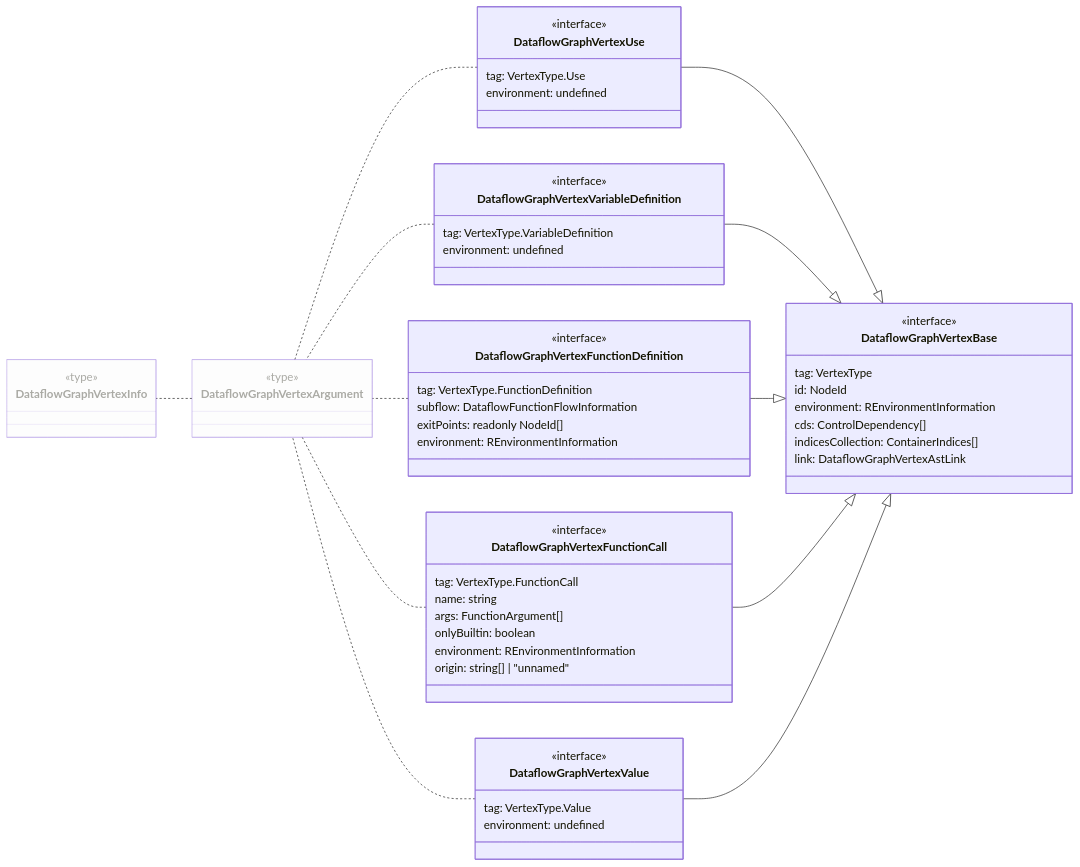
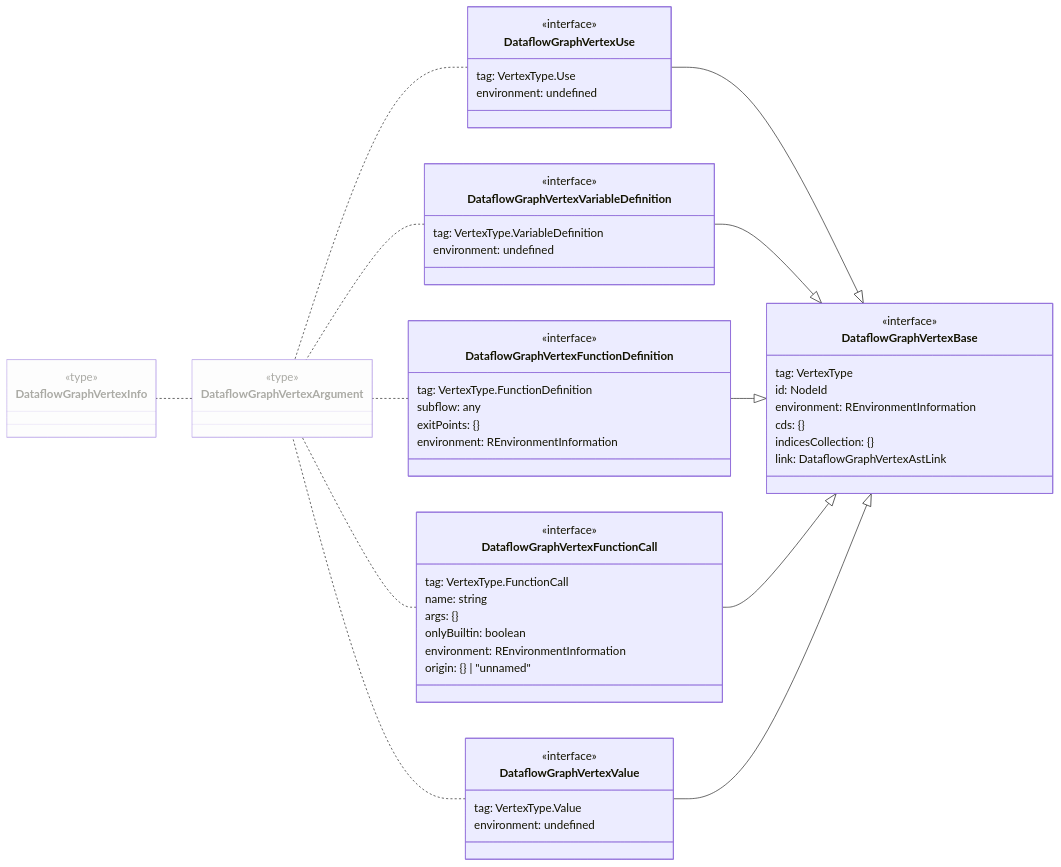
Before and after one commit to flowr-analysis/flowr: the second of 51 diagrams in wiki/Dataflow Graph.md, drawn with Mermaid. The commit also changed other lines of this file and 36 other files, not shown here.

````diff
--- a/wiki/Dataflow Graph.md
+++ b/wiki/Dataflow Graph.md
@@ -139,63 +139,63 @@
 ```mermaid
 classDiagram
 direction RL
 class DataflowGraphVertexInfo
     <<type>> DataflowGraphVertexInfo
 style DataflowGraphVertexInfo opacity:.35,fill:#FAFAFA
 click DataflowGraphVertexInfo href "https://github.com/flowr-analysis/flowr/tree/main//src/dataflow/graph/vertex.ts#L300" "This is the union type of all possible vertices that appear within a; #60;code#62;dataflow graph#60;/code#62;; , they can be constructed passing a; #60;code#62;DataflowGraphVertexArgument#60;/code#62;; to the graph.  See; #60;code#62;DataflowGraphVertices#60;/code#62;; for an id#45;based mapping."
 class DataflowGraphVertexArgument
     <<type>> DataflowGraphVertexArgument
 style DataflowGraphVertexArgument opacity:.35,fill:#FAFAFA
 click DataflowGraphVertexArgument href "https://github.com/flowr-analysis/flowr/tree/main//src/dataflow/graph/vertex.ts#L292" "What is to be passed to construct a vertex in the; #60;code#62;dataflow graph#60;/code#62;"
 class DataflowGraphVertexUse
     <<interface>> DataflowGraphVertexUse
     DataflowGraphVertexUse : tag#58; VertexType.Use
     DataflowGraphVertexUse : environment#58; undefined
 click DataflowGraphVertexUse href "https://github.com/flowr-analysis/flowr/tree/main//src/dataflow/graph/vertex.ts#L225" "Arguments required to construct a vertex which represents the usage of a variable in the; #60;code#62;dataflow graph#60;/code#62;; ."
 class DataflowGraphVertexBase
     <<interface>> DataflowGraphVertexBase
     DataflowGraphVertexBase : tag#58; VertexType
     DataflowGraphVertexBase : id#58; NodeId
     DataflowGraphVertexBase : environment#58; REnvironmentInformation
-    DataflowGraphVertexBase : cds#58; ControlDependency#91;#93;
-    DataflowGraphVertexBase : indicesCollection#58; ContainerIndices#91;#93;
+    DataflowGraphVertexBase : cds#58; #123;#125;
+    DataflowGraphVertexBase : indicesCollection#58; #123;#125;
     DataflowGraphVertexBase : link#58; DataflowGraphVertexAstLink
 click DataflowGraphVertexBase href "https://github.com/flowr-analysis/flowr/tree/main//src/dataflow/graph/vertex.ts#L162" "Arguments required to construct a vertex in the; #60;code#62;dataflow graph#60;/code#62;; ."
 class DataflowGraphVertexVariableDefinition
     <<interface>> DataflowGraphVertexVariableDefinition
     DataflowGraphVertexVariableDefinition : tag#58; VertexType.VariableDefinition
     DataflowGraphVertexVariableDefinition : environment#58; undefined
 click DataflowGraphVertexVariableDefinition href "https://github.com/flowr-analysis/flowr/tree/main//src/dataflow/graph/vertex.ts#L263" "Arguments required to construct a vertex which represents the definition of a variable in the; #60;code#62;dataflow graph#60;/code#62;; ."
 class DataflowGraphVertexFunctionDefinition
     <<interface>> DataflowGraphVertexFunctionDefinition
     DataflowGraphVertexFunctionDefinition : tag#58; VertexType.FunctionDefinition
-    DataflowGraphVertexFunctionDefinition : subflow#58; DataflowFunctionFlowInformation
-    DataflowGraphVertexFunctionDefinition : exitPoints#58; readonly NodeId#91;#93;
+    DataflowGraphVertexFunctionDefinition : subflow#58; any
+    DataflowGraphVertexFunctionDefinition : exitPoints#58; #123;#125;
     DataflowGraphVertexFunctionDefinition : environment#58; REnvironmentInformation
 click DataflowGraphVertexFunctionDefinition href "https://github.com/flowr-analysis/flowr/tree/main//src/dataflow/graph/vertex.ts#L273" "Arguments required to construct a vertex which represents the definition of a function in the; #60;code#62;dataflow graph#60;/code#62;; ."
 class DataflowGraphVertexFunctionCall
     <<interface>> DataflowGraphVertexFunctionCall
     DataflowGraphVertexFunctionCall : tag#58; VertexType.FunctionCall
     DataflowGraphVertexFunctionCall : name#58; string
-    DataflowGraphVertexFunctionCall : args#58; FunctionArgument#91;#93;
+    DataflowGraphVertexFunctionCall : args#58; #123;#125;
     DataflowGraphVertexFunctionCall : onlyBuiltin#58; boolean
     DataflowGraphVertexFunctionCall : environment#58; REnvironmentInformation
-    DataflowGraphVertexFunctionCall : origin#58; string#91;#93; | #34;unnamed#34;
+    DataflowGraphVertexFunctionCall : origin#58; #123;#125; | #34;unnamed#34;
 click DataflowGraphVertexFunctionCall href "https://github.com/flowr-analysis/flowr/tree/main//src/dataflow/graph/vertex.ts#L237" "Arguments required to construct a vertex which represents the call to a function in the; #60;code#62;dataflow graph#60;/code#62;; . This describes all kinds of function calls, including calls to built#45;ins and control#45;flow structures such as #96;if#96; or #96;for#96; (they are treated as function calls in R)."
 class DataflowGraphVertexValue
     <<interface>> DataflowGraphVertexValue
     DataflowGraphVertexValue : tag#58; VertexType.Value
     DataflowGraphVertexValue : environment#58; undefined
 click DataflowGraphVertexValue href "https://github.com/flowr-analysis/flowr/tree/main//src/dataflow/graph/vertex.ts#L216" "Marker vertex for a value in the dataflow of the program. This does not contain the #95;value#95; of the referenced constant as this is available with the; #60;code#62;id#60;/code#62;; in the; #60;code#62;normalized AST#60;/code#62;; (or more specifically the; #60;code#62;AstIdMap#60;/code#62;; ).  If you have a; #60;code#62;dataflow graph#60;/code#62;; named #96;graph#96; with an; #60;code#62;AstIdMap#60;/code#62;; and a value vertex object with name #96;value#96; the following Code should work#58;"
 DataflowGraphVertexArgument .. DataflowGraphVertexInfo
 DataflowGraphVertexUse .. DataflowGraphVertexArgument
 DataflowGraphVertexBase <|-- DataflowGraphVertexUse
 DataflowGraphVertexVariableDefinition .. DataflowGraphVertexArgument
 DataflowGraphVertexBase <|-- DataflowGraphVertexVariableDefinition
 DataflowGraphVertexFunctionDefinition .. DataflowGraphVertexArgument
 DataflowGraphVertexBase <|-- DataflowGraphVertexFunctionDefinition
 DataflowGraphVertexFunctionCall .. DataflowGraphVertexArgument
 DataflowGraphVertexBase <|-- DataflowGraphVertexFunctionCall
 DataflowGraphVertexValue .. DataflowGraphVertexArgument
 DataflowGraphVertexBase <|-- DataflowGraphVertexValue
 ```
````
